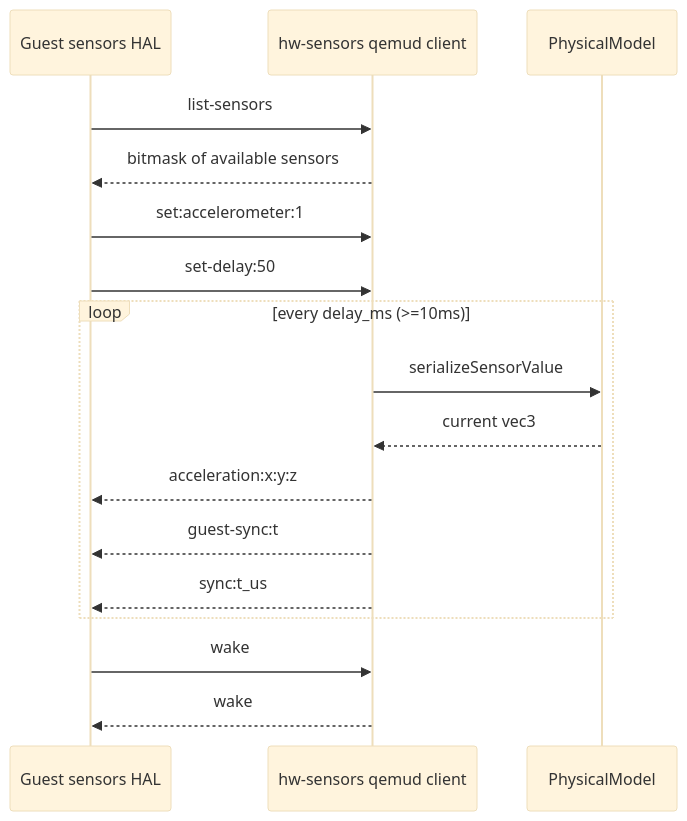
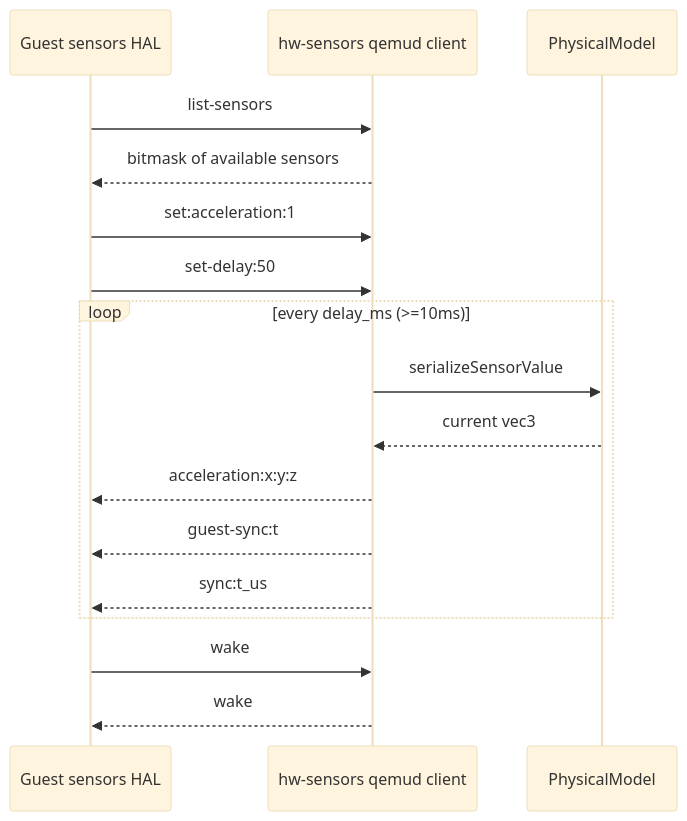
Before and after one commit to aospbooks/android-emulator-internal-book: the second of 6 diagrams in 10-sensors-battery-location.md, drawn with Mermaid (base theme). The commit also changed other lines of this file and 31 other files, not shown here.

````diff
--- a/10-sensors-battery-location.md
+++ b/10-sensors-battery-location.md
@@ -141,19 +141,19 @@
 ```mermaid
 sequenceDiagram
     participant HAL as Guest sensors HAL
     participant SVC as hw-sensors qemud client
     participant PM as PhysicalModel
     HAL->>SVC: list-sensors
     SVC-->>HAL: bitmask of available sensors
-    HAL->>SVC: set:accelerometer:1
+    HAL->>SVC: set:acceleration:1
     HAL->>SVC: set-delay:50
     loop every delay_ms (>=10ms)
         SVC->>PM: serializeSensorValue
         PM-->>SVC: current vec3
         SVC-->>HAL: acceleration:x:y:z
         SVC-->>HAL: guest-sync:t
         SVC-->>HAL: sync:t_us
     end
     HAL->>SVC: wake
     SVC-->>HAL: wake
 ```
````
